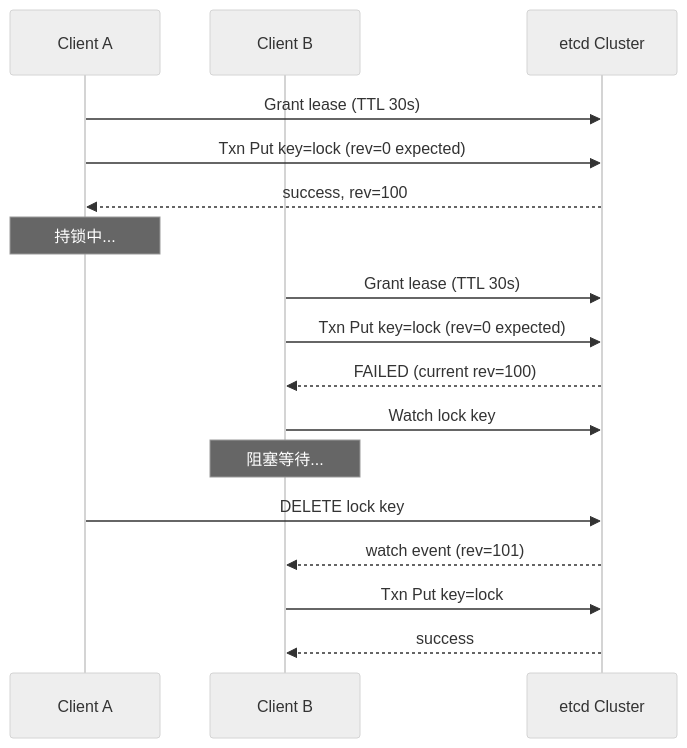
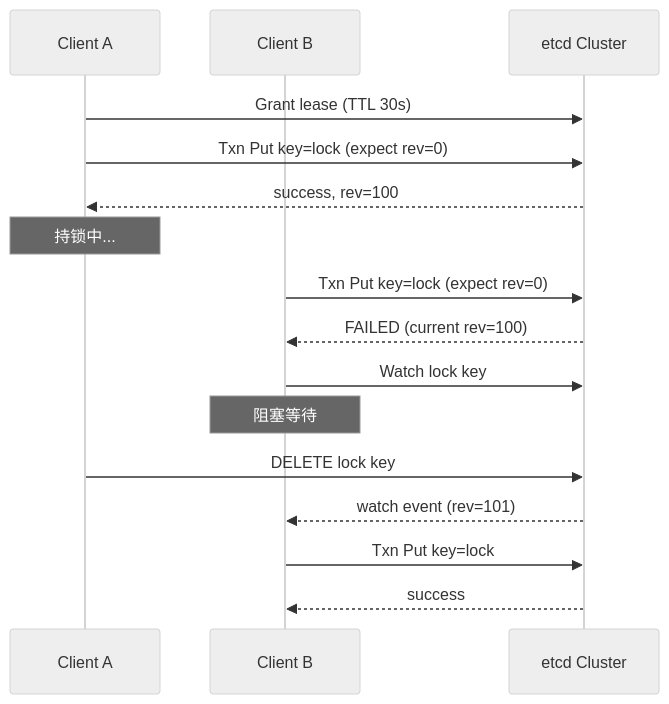
Before and after one commit to tanteng/blog: the second of 4 diagrams in content/posts/distributed-lock-comparison.md, drawn with Mermaid (neutral theme). The commit also changed other lines of this file, not shown here.

````diff
--- a/content/posts/distributed-lock-comparison.md
+++ b/content/posts/distributed-lock-comparison.md
@@ -177,20 +127,19 @@
 ```mermaid
 sequenceDiagram
     participant A as Client A
     participant B as Client B
     participant ETCD as etcd Cluster
 
     A->>ETCD: Grant lease (TTL 30s)
-    A->>ETCD: Txn Put key=lock (rev=0 expected)
+    A->>ETCD: Txn Put key=lock (expect rev=0)
     ETCD-->>A: success, rev=100
     Note over A: 持锁中...
-    B->>ETCD: Grant lease (TTL 30s)
-    B->>ETCD: Txn Put key=lock (rev=0 expected)
+    B->>ETCD: Txn Put key=lock (expect rev=0)
     ETCD-->>B: FAILED (current rev=100)
     B->>ETCD: Watch lock key
-    Note over B: 阻塞等待...
+    Note over B: 阻塞等待
     A->>ETCD: DELETE lock key
     ETCD-->>B: watch event (rev=101)
     B->>ETCD: Txn Put key=lock
     ETCD-->>B: success
 ```
````
